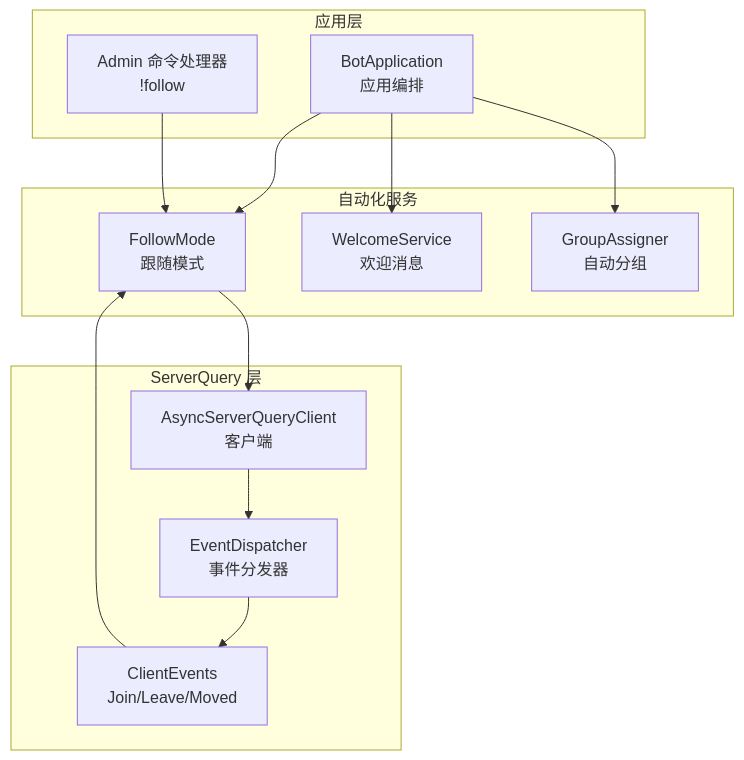
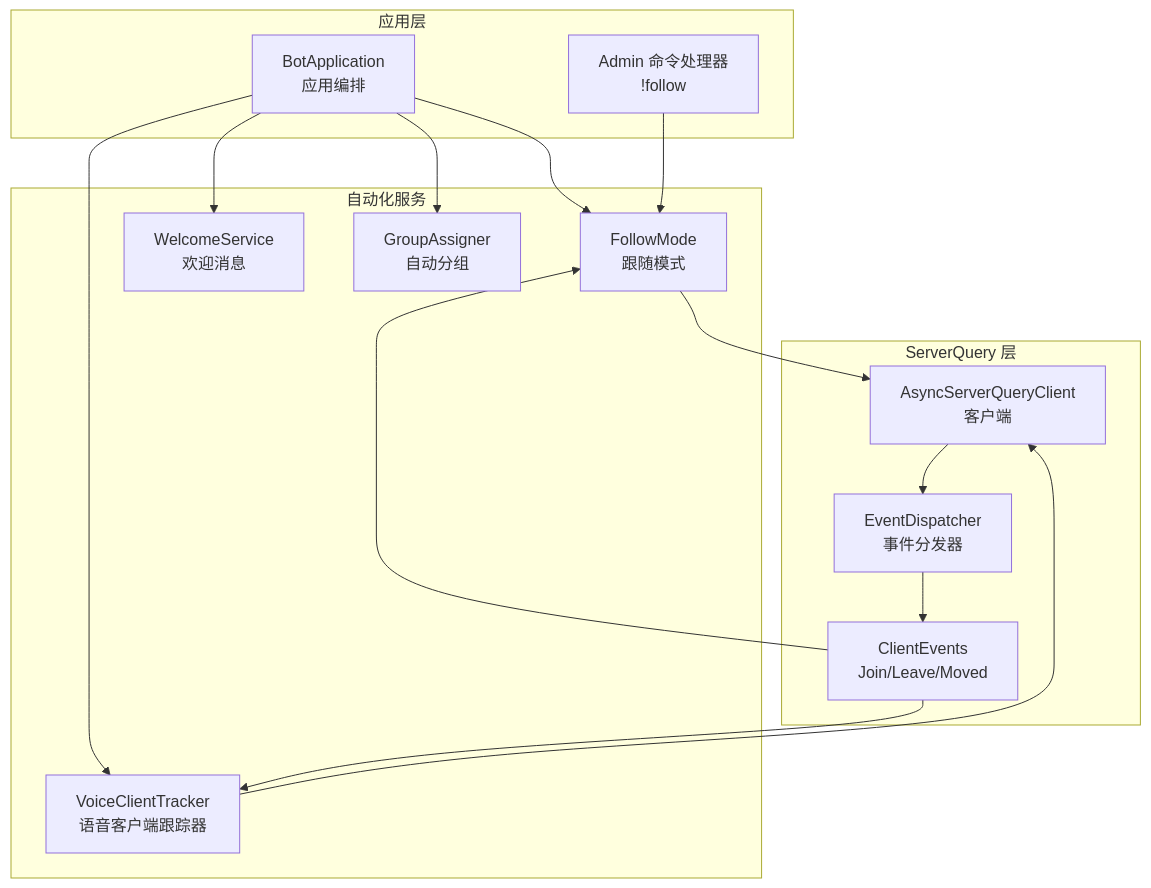
Before and after one commit to GhoulOwl/Teamspeak3_Bot: the first of 5 diagrams in .qoder/repowiki/zh/content/用户自动化服务/跟随模式.md, drawn with Mermaid. The commit also changed other lines of this file and 13 other files, not shown here.

````diff
--- a/.qoder/repowiki/zh/content/用户自动化服务/跟随模式.md
+++ b/.qoder/repowiki/zh/content/用户自动化服务/跟随模式.md
@@ -45,25 +47,29 @@
 ```mermaid
 graph TB
 subgraph "应用层"
 APP["BotApplication<br/>应用编排"]
 CMD["Admin 命令处理器<br/>!follow"]
 end
 subgraph "自动化服务"
 FM["FollowMode<br/>跟随模式"]
 WS["WelcomeService<br/>欢迎消息"]
 GA["GroupAssigner<br/>自动分组"]
+VT["VoiceClientTracker<br/>语音客户端跟踪器"]
 end
 subgraph "ServerQuery 层"
 SQ["AsyncServerQueryClient<br/>客户端"]
 ED["EventDispatcher<br/>事件分发器"]
 CE["ClientEvents<br/>Join/Leave/Moved"]
 end
 APP --> FM
 APP --> WS
 APP --> GA
+APP --> VT
 CMD --> FM
 FM --> SQ
+VT --> SQ
 SQ --> ED
 ED --> CE
 CE --> FM
+CE --> VT
 ```
````
